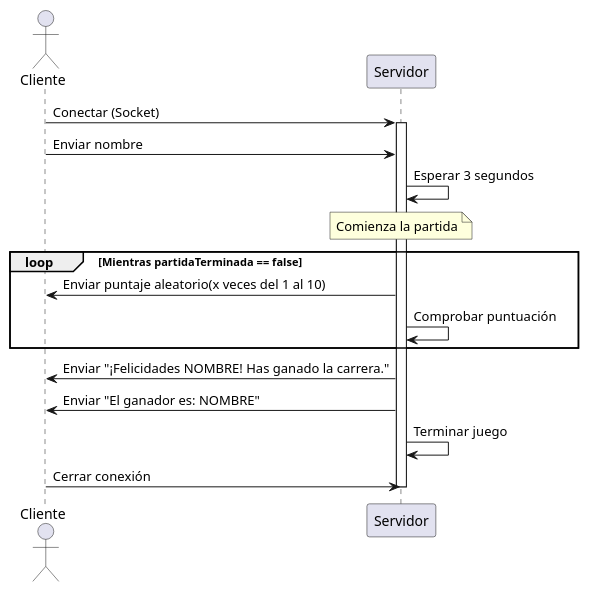
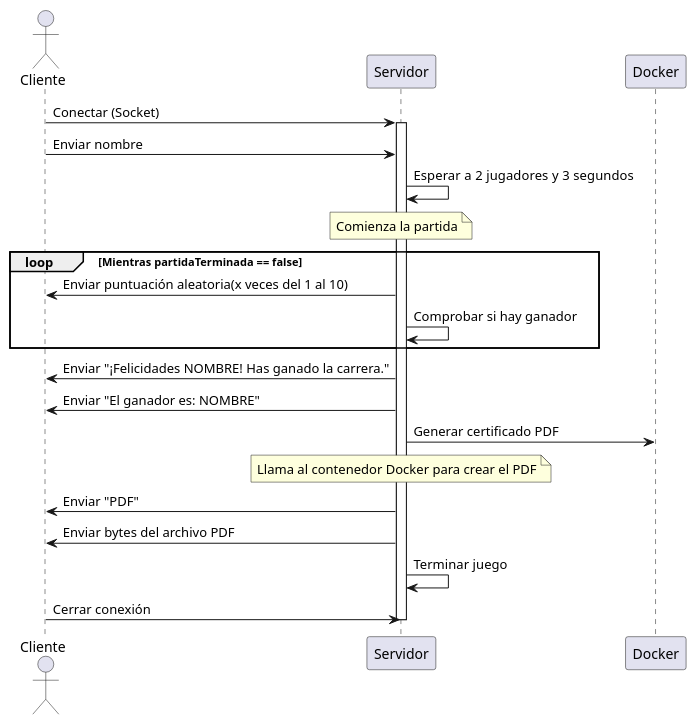
Before and after one commit to Saykek/AppCamellos: the diagram in carreracamellos/documentacion/disenio/protocoloConexion.puml, drawn with PlantUML. The commit also changed other lines of this file and 3 other files, not shown here.

```diff
--- a/carreracamellos/documentacion/disenio/protocoloConexion.puml
+++ b/carreracamellos/documentacion/disenio/protocoloConexion.puml
@@ -4,23 +4,30 @@
 @startuml
 actor Cliente
 participant Servidor
+participant Docker
 
 Cliente -> Servidor: Conectar (Socket)
 activate Servidor
 Cliente -> Servidor: Enviar nombre
 
 
-Servidor -> Servidor: Esperar 3 segundos
+Servidor -> Servidor: Esperar a 2 jugadores y  3 segundos 
 note over Servidor: Comienza la partida
 
 loop Mientras partidaTerminada == false
-    Servidor -> Cliente: Enviar puntaje aleatorio(x veces del 1 al 10)
-    Servidor -> Servidor: Comprobar puntuación
+    Servidor -> Cliente: Enviar puntuación aleatoria(x veces del 1 al 10)
+    Servidor -> Servidor: Comprobar si hay ganador
 end
         Servidor -> Cliente: Enviar "¡Felicidades NOMBRE! Has ganado la carrera."
         Servidor -> Cliente: Enviar "El ganador es: NOMBRE" 
-        Servidor -> Servidor: Terminar juego
+      
+Servidor -> Docker : Generar certificado PDF
+note over Servidor: Llama al contenedor Docker para crear el PDF
+Servidor -> Cliente: Enviar "PDF"
+Servidor -> Cliente: Enviar bytes del archivo PDF
 
+
+Servidor -> Servidor: Terminar juego
 Cliente -> Servidor: Cerrar conexión
 deactivate Servidor
 @enduml
```
